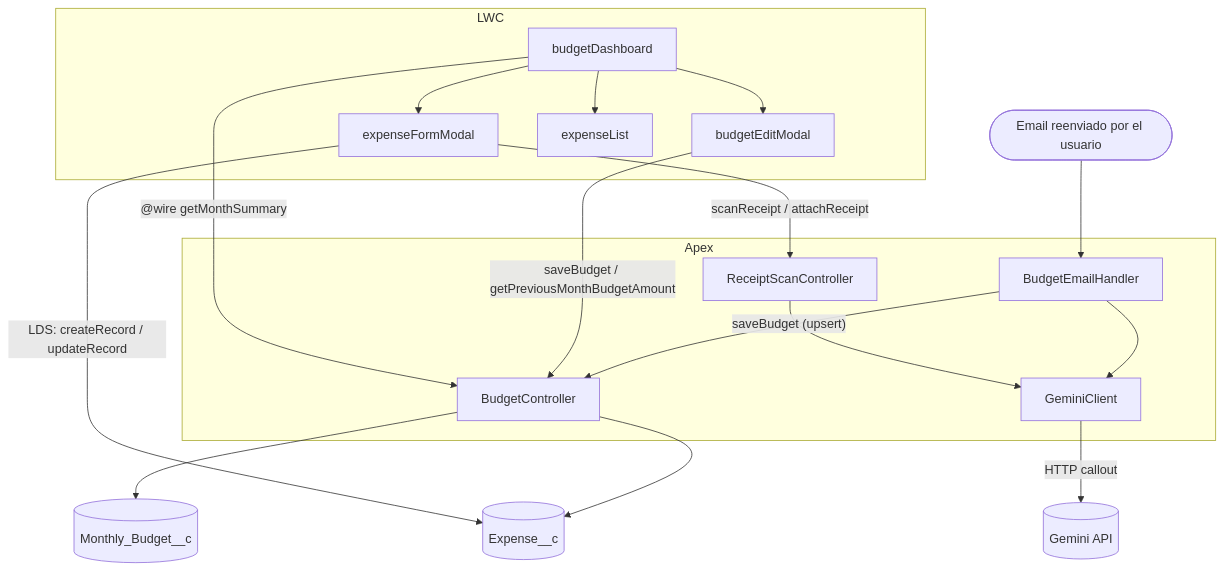
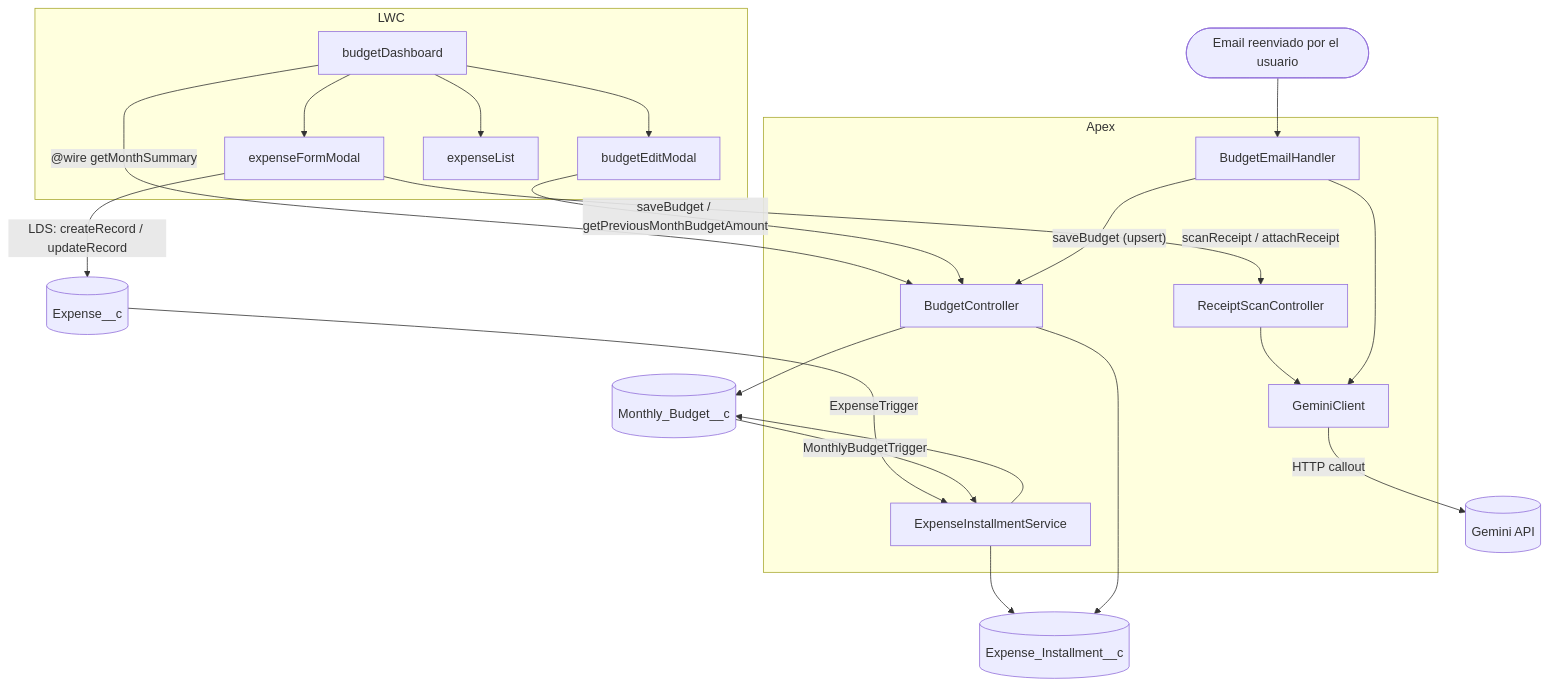
The diagram in README.md (negroamarante/ExpenseApp), drawn with Mermaid before and after one commit. The commit also changed other lines of this file and 32 other files, not shown here.

````diff
--- a/README.md
+++ b/README.md
@@ -28,31 +29,36 @@
 ```mermaid
 graph TD
     subgraph LWC
         BD[budgetDashboard]
         EFM[expenseFormModal]
         BEM[budgetEditModal]
         EL[expenseList]
     end
 
     subgraph Apex
         BC[BudgetController]
+        EIS[ExpenseInstallmentService]
         RSC[ReceiptScanController]
         GC[GeminiClient]
         BEH[BudgetEmailHandler]
     end
 
     BD -- "@wire getMonthSummary" --> BC
     BD --> EFM
     BD --> BEM
     BD --> EL
     EFM -- "LDS: createRecord / updateRecord" --> ExpenseObj[("Expense__c")]
     EFM -- "scanReceipt / attachReceipt" --> RSC
     BEM -- "saveBudget / getPreviousMonthBudgetAmount" --> BC
+    ExpenseObj -- "ExpenseTrigger" --> EIS
+    BudgetObj -- "MonthlyBudgetTrigger" --> EIS
+    EIS --> InstallmentObj[("Expense_Installment__c")]
+    EIS --> BudgetObj[("Monthly_Budget__c")]
     RSC --> GC
     BEH -- "saveBudget (upsert)" --> BC
     BEH --> GC
     GC -- "HTTP callout" --> Gemini[("Gemini API")]
     Mail(["Email reenviado por el usuario"]) --> BEH
-    BC --> BudgetObj[("Monthly_Budget__c")]
-    BC --> ExpenseObj
+    BC --> BudgetObj
+    BC --> InstallmentObj
 ```
````
